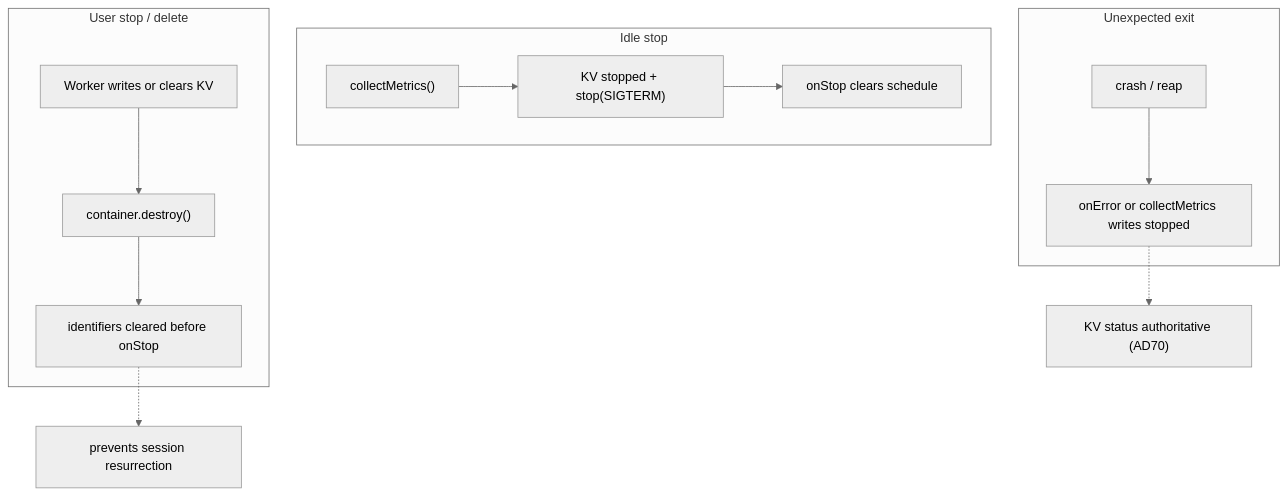
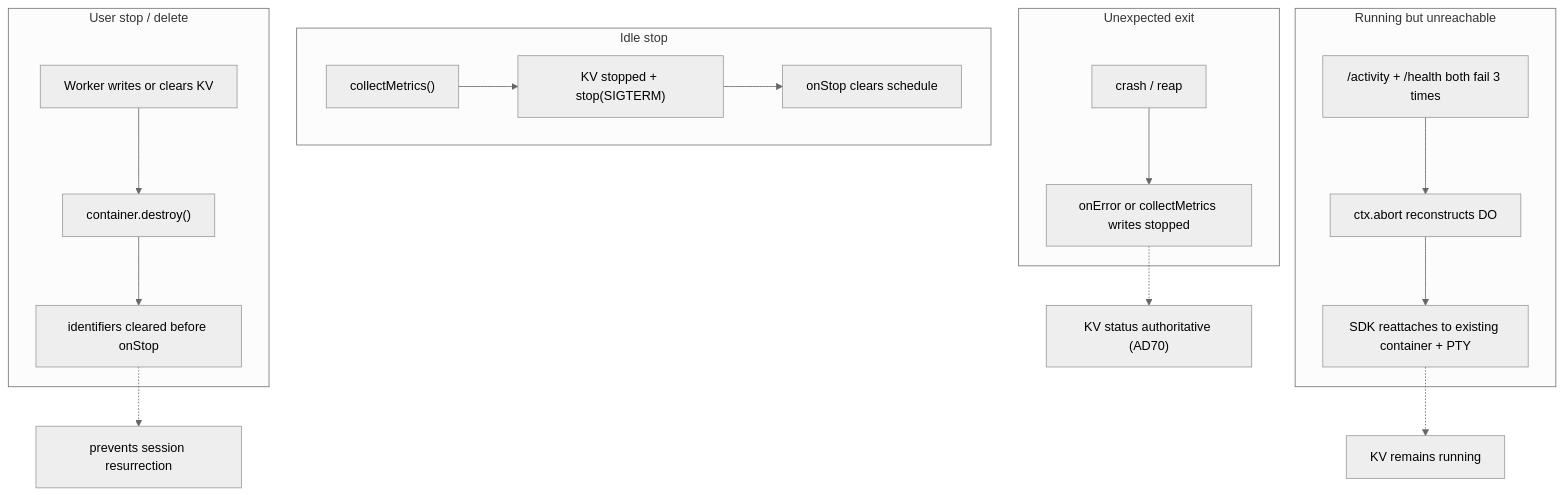
One commit to nikolanovoselec/codeflare changed the fifth of 11 diagrams in documentation/lanes/architecture.md. Above: the diagram before and after it, drawn with Mermaid (neutral theme). The commit also changed other lines of this file and 7 other files, not shown here.

Commit message:
fix: reconstruct unreachable container transport

````diff
--- a/documentation/lanes/architecture.md
+++ b/documentation/lanes/architecture.md
@@ -458,16 +461,21 @@
 ```mermaid
 flowchart TD
     subgraph IdleStop["Idle stop"]
         I1["collectMetrics()"] --> I2["KV stopped + stop(SIGTERM)"]
         I2 --> I3["onStop clears schedule"]
     end
     subgraph UserStopDelete["User stop / delete"]
         U1["Worker writes or clears KV"] --> U2["container.destroy()"]
         U2 --> U3["identifiers cleared before onStop"]
     end
+    subgraph TransportRecovery["Running but unreachable"]
+        R1["/activity + /health both fail 3 times"] --> R2["ctx.abort reconstructs DO"]
+        R2 --> R3["SDK reattaches to existing container + PTY"]
+    end
     subgraph UnexpectedExit["Unexpected exit"]
         X1["crash / reap"] --> X2["onError or collectMetrics writes stopped"]
     end
     U3 -.-> K["prevents session resurrection"]
-    X2 -.-> A["KV status authoritative (AD70)"]
+    R3 -.-> A["KV remains running"]
+    X2 -.-> B["KV status authoritative (AD70)"]
 ```
````
